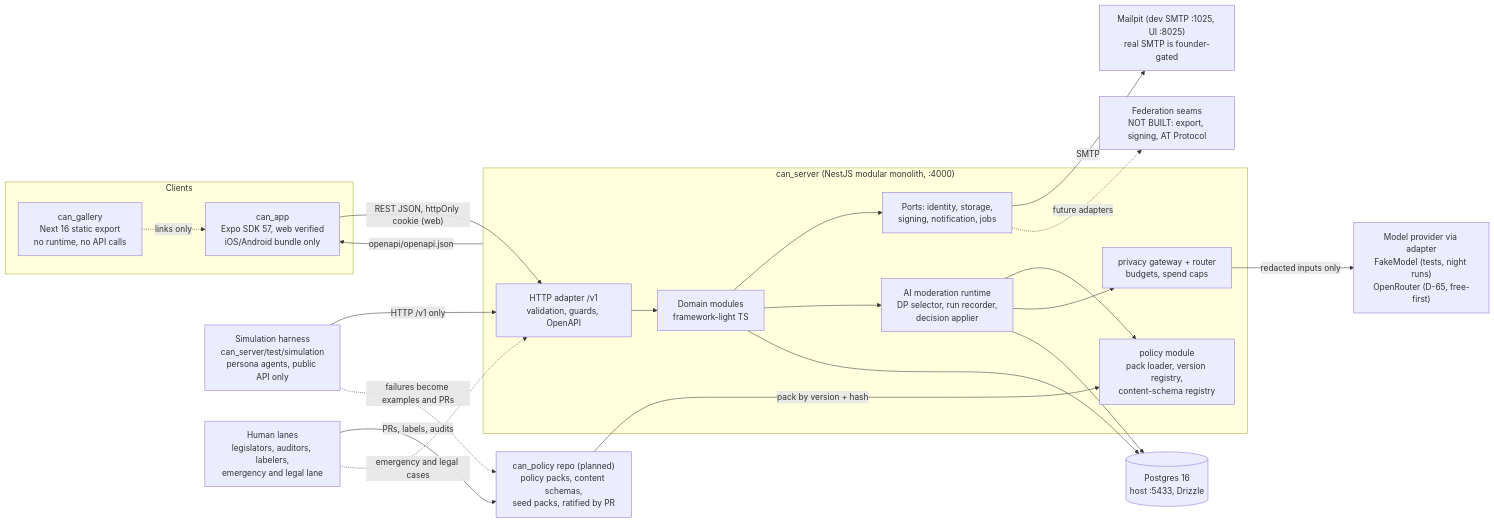
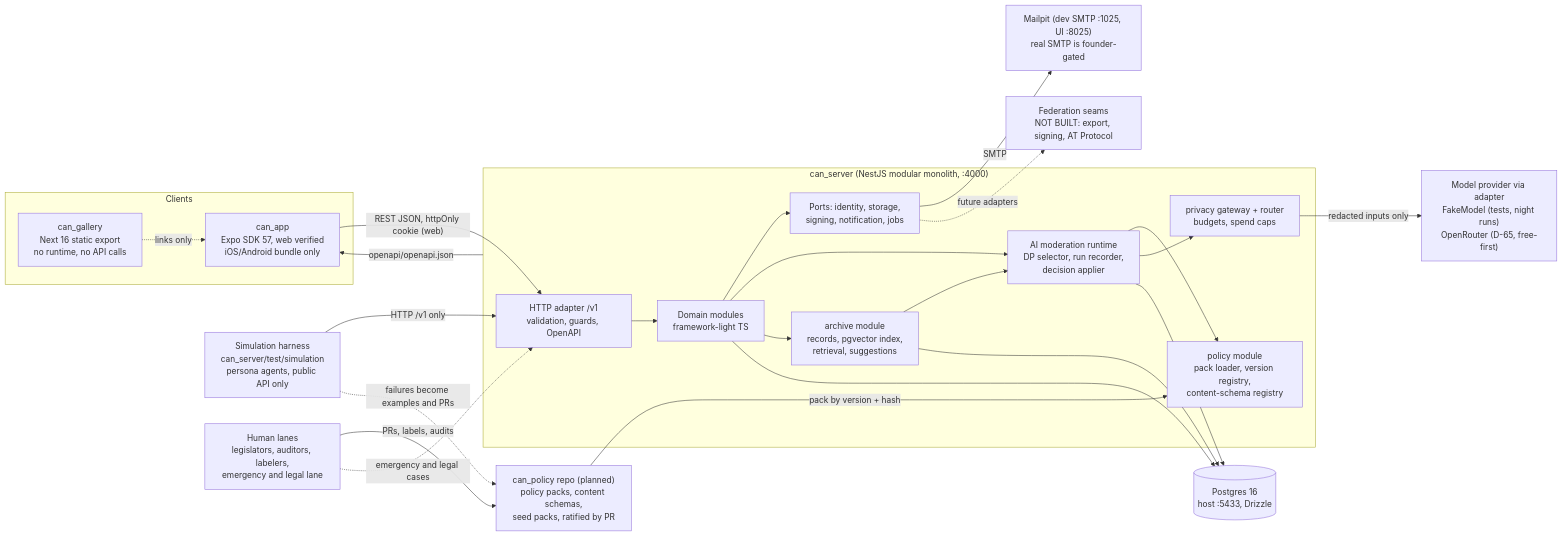
One commit to community-action-network-oss/community_action_network_oss changed the first of 2 diagrams in docs/design/system-design.md. Above: the diagram before and after it, drawn with Mermaid. The commit also changed other lines of this file and 21 other files, not shown here.

Commit message:
W12 P4: archive and reuse UX, flows and components (suggested paths, Archive, stage draft)

````diff
--- a/docs/design/system-design.md
+++ b/docs/design/system-design.md
@@ -9,39 +9,43 @@
 ```mermaid
 flowchart LR
   subgraph clients[Clients]
     app["can_app<br/>Expo SDK 57, web verified<br/>iOS/Android bundle only"]
     gallery["can_gallery<br/>Next 16 static export<br/>no runtime, no API calls"]
   end
   subgraph server["can_server (NestJS modular monolith, :4000)"]
     api["HTTP adapter /v1<br/>validation, guards, OpenAPI"]
     domain["Domain modules<br/>framework-light TS"]
     mod["AI moderation runtime<br/>DP selector, run recorder,<br/>decision applier"]
     pol["policy module<br/>pack loader, version registry,<br/>content-schema registry"]
     gw["privacy gateway + router<br/>budgets, spend caps"]
+    arc["archive module<br/>records, pgvector index,<br/>retrieval, suggestions"]
     ports["Ports: identity, storage,<br/>signing, notification, jobs"]
   end
   pg[("Postgres 16<br/>host :5433, Drizzle")]
   mail["Mailpit (dev SMTP :1025, UI :8025)<br/>real SMTP is founder-gated"]
   prov["Model provider via adapter<br/>FakeModel (tests, night runs)<br/>OpenRouter (D-65, free-first)"]
   cp["can_policy repo (planned)<br/>policy packs, content schemas,<br/>seed packs, ratified by PR"]
   sim["Simulation harness<br/>can_server/test/simulation<br/>persona agents, public API only"]
   humans["Human lanes<br/>legislators, auditors, labelers,<br/>emergency and legal lane"]
   fed["Federation seams<br/>NOT BUILT: export, signing, AT Protocol"]
   app -- "REST JSON, httpOnly cookie (web)" --> api
   gallery -. "links only" .-> app
   api --> domain --> ports
   domain --> mod
   mod --> pol
   mod --> gw
+  domain --> arc
+  arc --> mod
+  arc --> pg
   gw -- "redacted inputs only" --> prov
   cp -- "pack by version + hash" --> pol
   domain --> pg
   mod --> pg
   ports -- "SMTP" --> mail
   sim -- "HTTP /v1 only" --> api
   sim -. "failures become examples and PRs" .-> cp
   humans -- "PRs, labels, audits" --> cp
   humans -. "emergency and legal cases" .-> api
   ports -. "future adapters" .-> fed
   server -- "openapi/openapi.json" --> app
 ```
````
